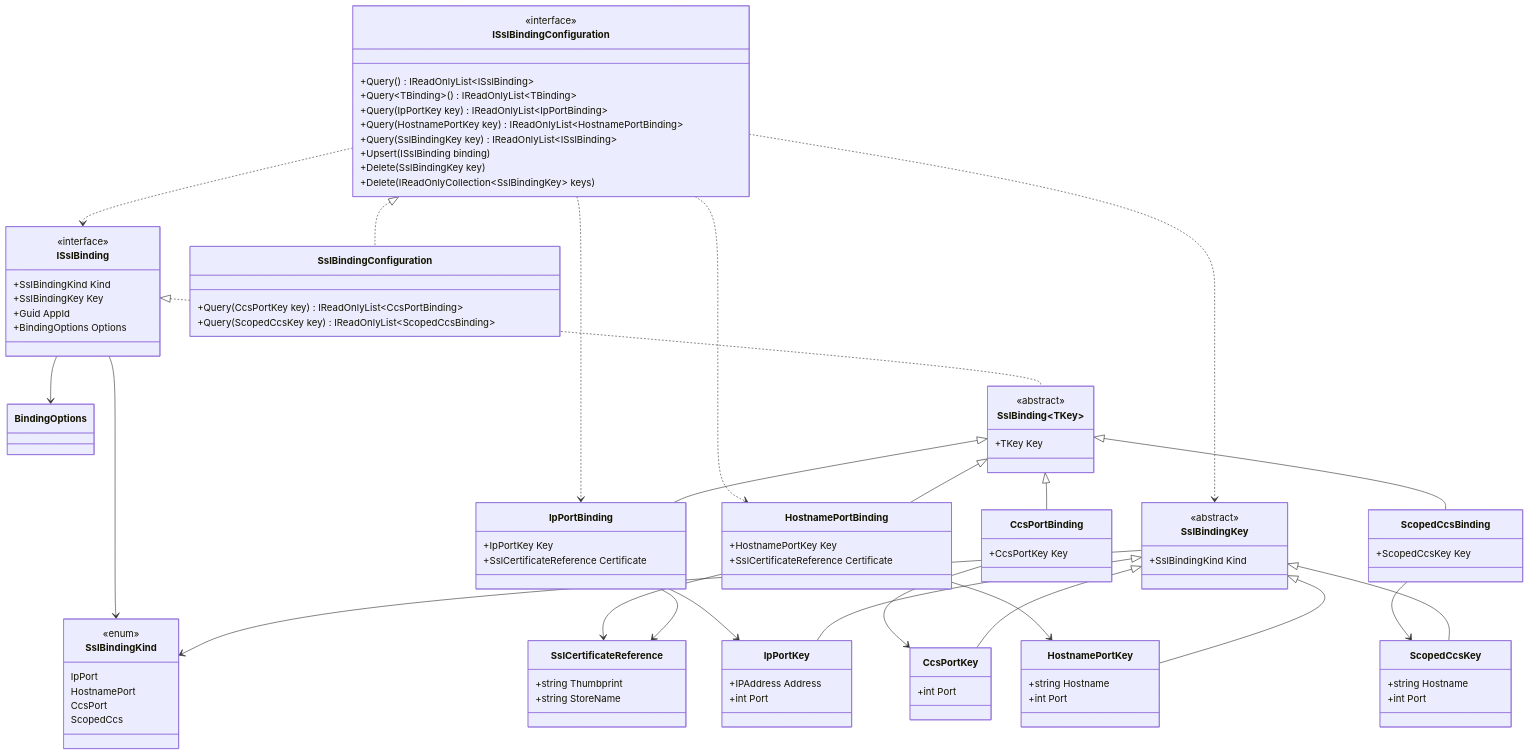
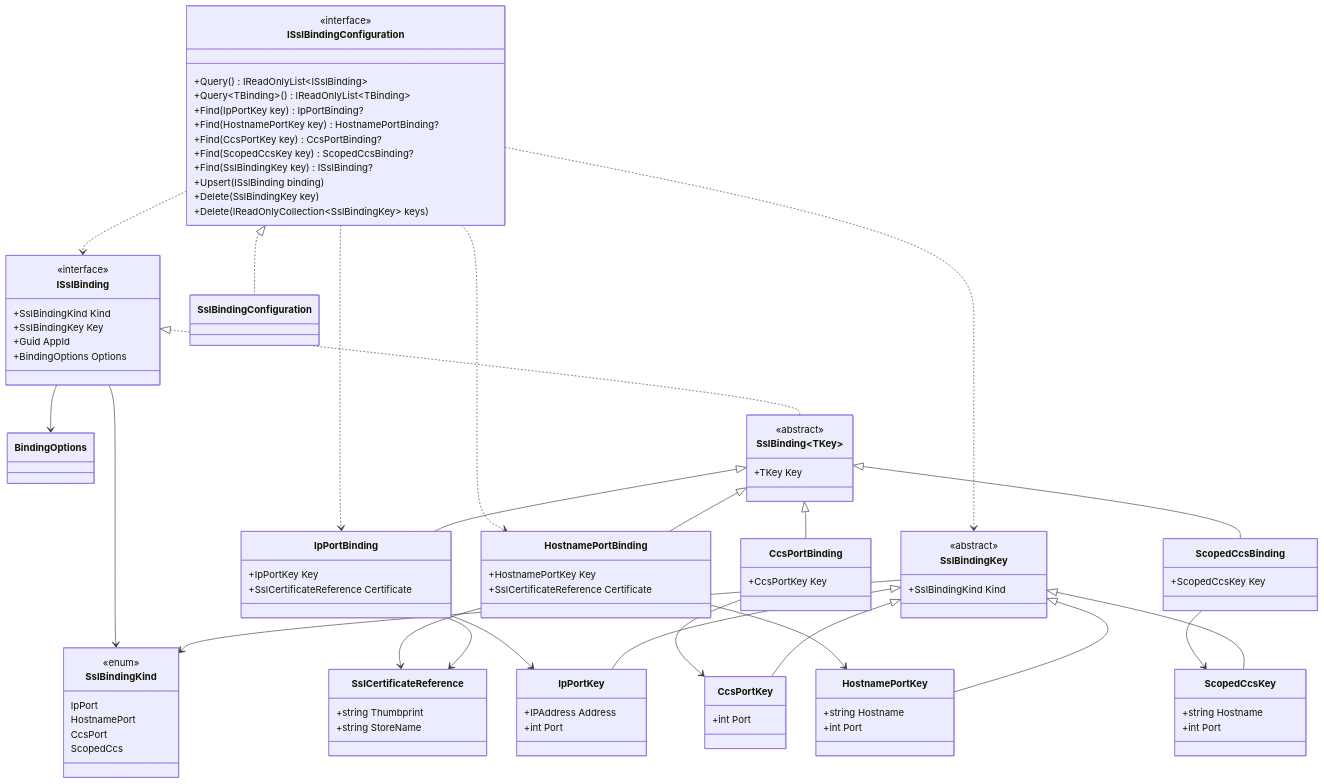
The first of 3 diagrams in docs/public-api.md (segor/SslCertBinding.Net), drawn with Mermaid before and after one commit. The commit also changed other lines of this file and 44 other files, not shown here.

````diff
--- a/docs/public-api.md
+++ b/docs/public-api.md
@@ -90,17 +88,14 @@
         <<interface>>
         +Query() IReadOnlyList~ISslBinding~
         +Query~TBinding~() IReadOnlyList~TBinding~
-        +Query(IpPortKey key) IReadOnlyList~IpPortBinding~
-        +Query(HostnamePortKey key) IReadOnlyList~HostnamePortBinding~
-        +Query(SslBindingKey key) IReadOnlyList~ISslBinding~
+        +Find(IpPortKey key) IpPortBinding?
+        +Find(HostnamePortKey key) HostnamePortBinding?
+        +Find(CcsPortKey key) CcsPortBinding?
+        +Find(ScopedCcsKey key) ScopedCcsBinding?
+        +Find(SslBindingKey key) ISslBinding?
         +Upsert(ISslBinding binding)
         +Delete(SslBindingKey key)
         +Delete(IReadOnlyCollection~SslBindingKey~ keys)
-    }
-
-    class SslBindingConfiguration {
-        +Query(CcsPortKey key) IReadOnlyList~CcsPortBinding~
-        +Query(ScopedCcsKey key) IReadOnlyList~ScopedCcsBinding~
     }
 
     SslBindingKey --> SslBindingKind
@@ -125,9 +120,9 @@
     IpPortBinding --> SslCertificateReference
     HostnamePortBinding --> SslCertificateReference
 
-    ISslBindingConfiguration <|.. SslBindingConfiguration
     ISslBindingConfiguration ..> ISslBinding
     ISslBindingConfiguration ..> SslBindingKey
     ISslBindingConfiguration ..> IpPortBinding
     ISslBindingConfiguration ..> HostnamePortBinding
+    ISslBindingConfiguration <|.. SslBindingConfiguration
 ```
````
